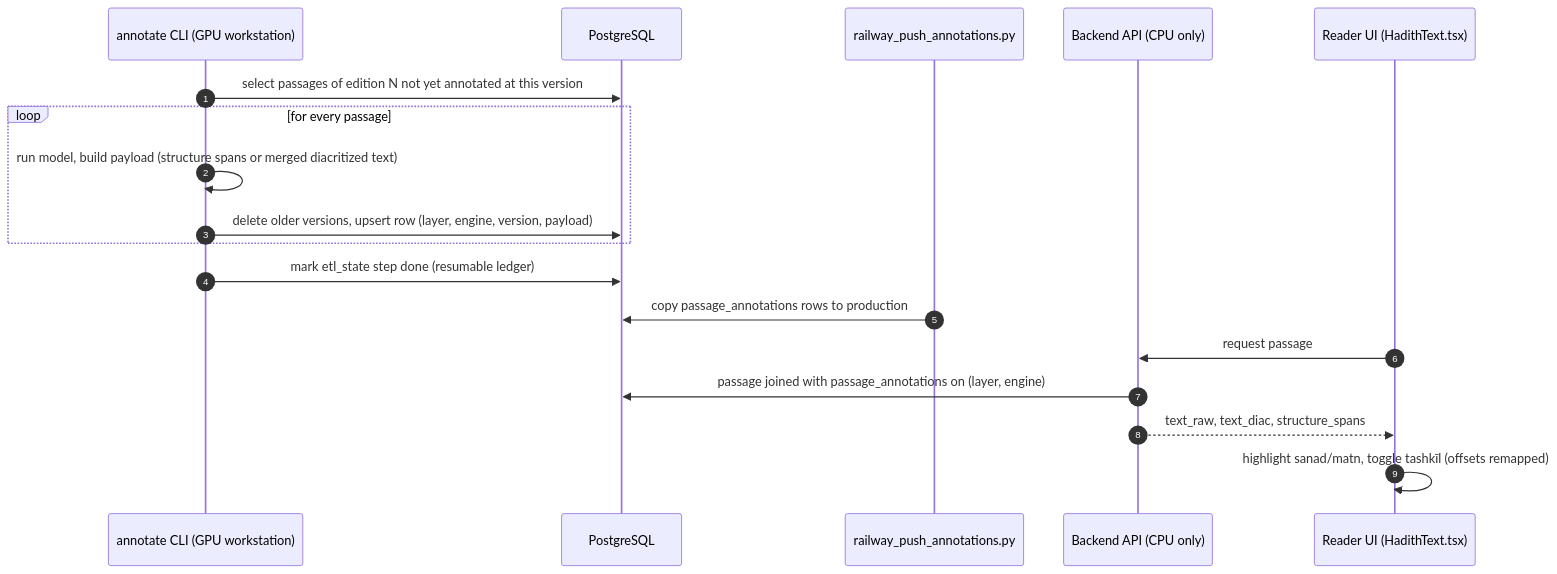
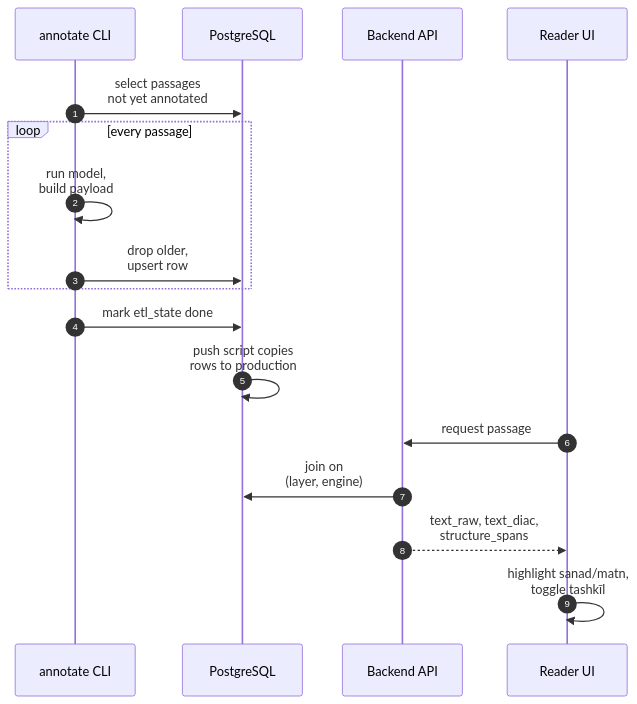
Before and after one commit to mohammadkhair7/khair-arabic-models: diagram 13 of 14 in docs/PAPER.md, drawn with Mermaid. The commit also changed other lines of this file and 9 other files, not shown here.

````diff
--- a/docs/PAPER.md
+++ b/docs/PAPER.md
@@ -980,20 +966,19 @@
 ```mermaid
 sequenceDiagram
     autonumber
-    participant CLI as annotate CLI (GPU workstation)
+    participant CLI as annotate CLI
     participant PG as PostgreSQL
-    participant PUSH as railway_push_annotations.py
-    participant API as Backend API (CPU only)
-    participant UI as Reader UI (HadithText.tsx)
-    CLI->>PG: select passages of edition N not yet annotated at this version
-    loop for every passage
-        CLI->>CLI: run model, build payload (structure spans or merged diacritized text)
-        CLI->>PG: delete older versions, upsert row (layer, engine, version, payload)
+    participant API as Backend API
+    participant UI as Reader UI
+    CLI->>PG: select passages<br/>not yet annotated
+    loop every passage
+        CLI->>CLI: run model,<br/>build payload
+        CLI->>PG: drop older,<br/>upsert row
     end
-    CLI->>PG: mark etl_state step done (resumable ledger)
-    PUSH->>PG: copy passage_annotations rows to production
+    CLI->>PG: mark etl_state done
+    PG->>PG: push script copies<br/>rows to production
     UI->>API: request passage
-    API->>PG: passage joined with passage_annotations on (layer, engine)
-    API-->>UI: text_raw, text_diac, structure_spans
-    UI->>UI: highlight sanad/matn, toggle tashkīl (offsets remapped)
+    API->>PG: join on<br/>(layer, engine)
+    API-->>UI: text_raw, text_diac,<br/>structure_spans
+    UI->>UI: highlight sanad/matn,<br/>toggle tashkīl
 ```
````
